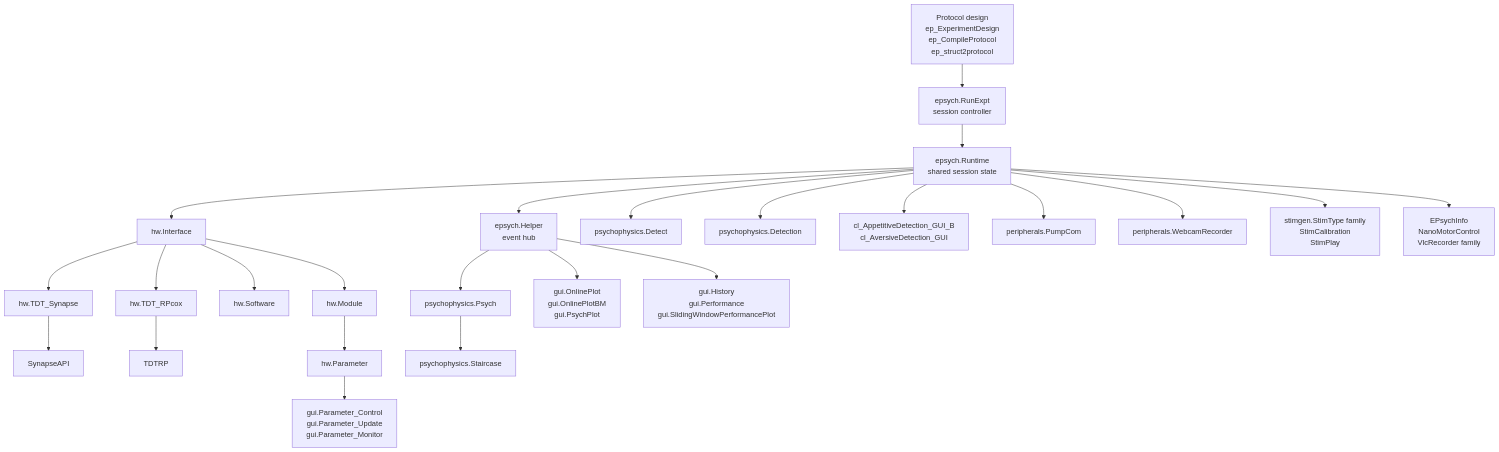
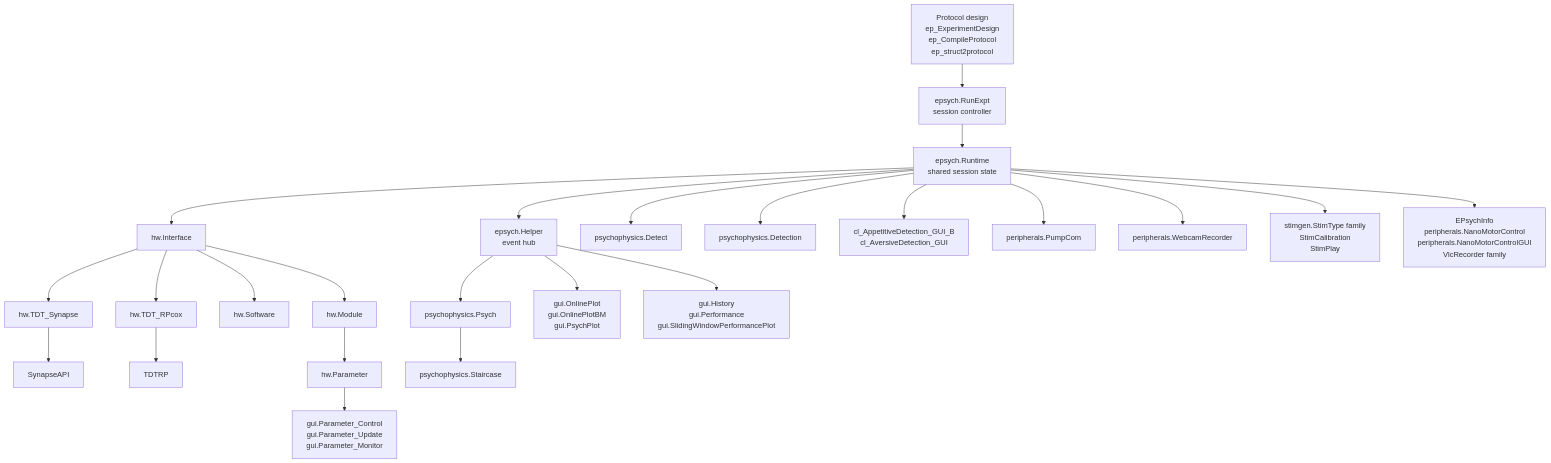
Before and after one commit to dstolz/epsych2: the diagram in documentation/overviews/Class_Map.md, drawn with Mermaid. The commit also changed other lines of this file and 5 other files, not shown here.

First line of the commit message:
Add NanoMotorControl and NanoMotorControlGUI classes

````diff
--- a/documentation/overviews/Class_Map.md
+++ b/documentation/overviews/Class_Map.md
@@ -119,26 +119,26 @@
 ```mermaid
 flowchart TD
     A[Protocol design<br/>ep_ExperimentDesign<br/>ep_CompileProtocol<br/>ep_struct2protocol] --> B[epsych.RunExpt<br/>session controller]
     B --> C[epsych.Runtime<br/>shared session state]
     C --> D[epsych.Helper<br/>event hub]
     C --> E[hw.Interface]
     E --> E1[hw.TDT_Synapse]
     E --> E2[hw.TDT_RPcox]
     E --> E3[hw.Software]
     E1 --> F1[SynapseAPI]
     E2 --> F2[TDTRP]
     E --> G[hw.Module]
     G --> H[hw.Parameter]
     D --> I[psychophysics.Psych]
     I --> I1[psychophysics.Staircase]
     C --> I2[psychophysics.Detect]
     C --> I3[psychophysics.Detection]
     H --> J[gui.Parameter_Control<br/>gui.Parameter_Update<br/>gui.Parameter_Monitor]
     D --> K[gui.OnlinePlot<br/>gui.OnlinePlotBM<br/>gui.PsychPlot]
     D --> L[gui.History<br/>gui.Performance<br/>gui.SlidingWindowPerformancePlot]
     C --> M[cl_AppetitiveDetection_GUI_B<br/>cl_AversiveDetection_GUI]
    C --> N[peripherals.PumpCom]
     C --> O[peripherals.WebcamRecorder]
     C --> P[stimgen.StimType family<br/>StimCalibration<br/>StimPlay]
-    C --> Q[EPsychInfo<br/>NanoMotorControl<br/>VlcRecorder family]
+   C --> Q[EPsychInfo<br/>peripherals.NanoMotorControl<br/>peripherals.NanoMotorControlGUI<br/>VlcRecorder family]
 ```
````
